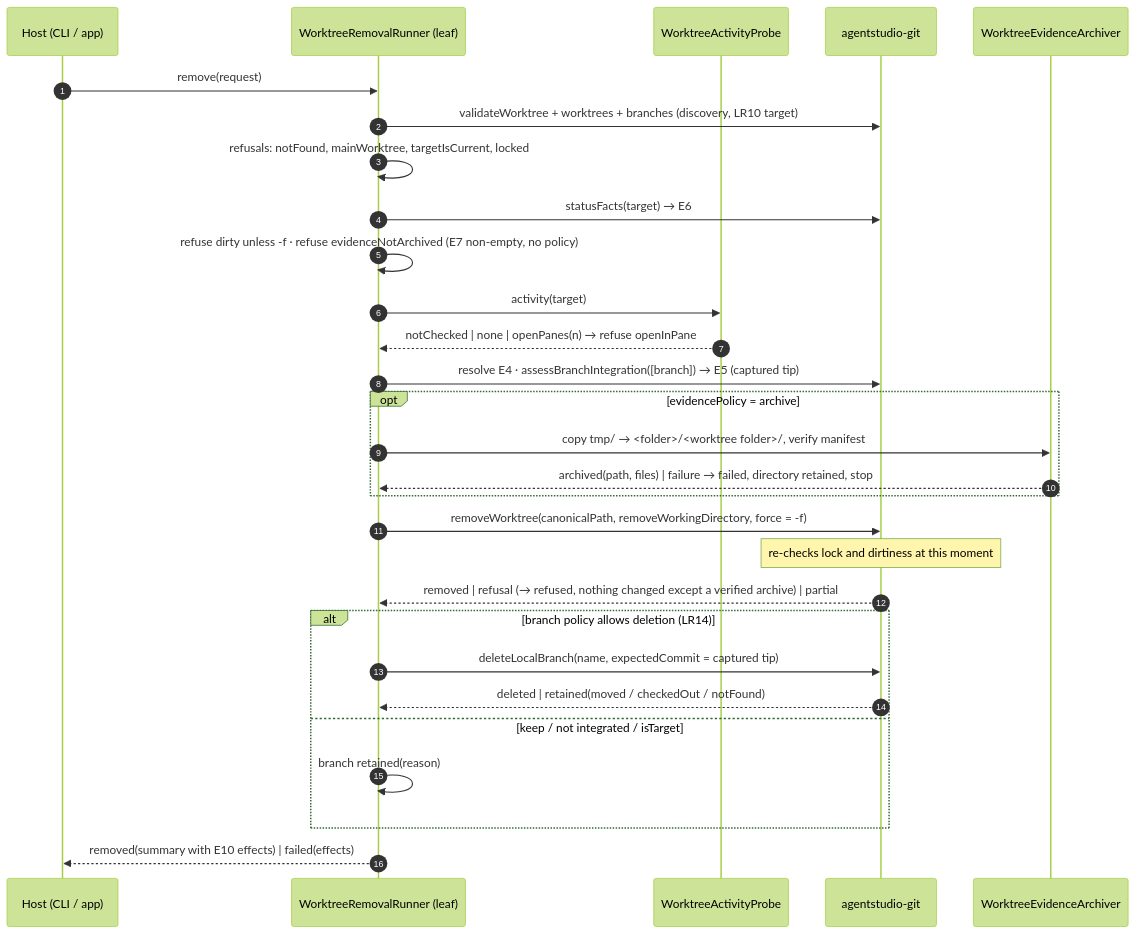
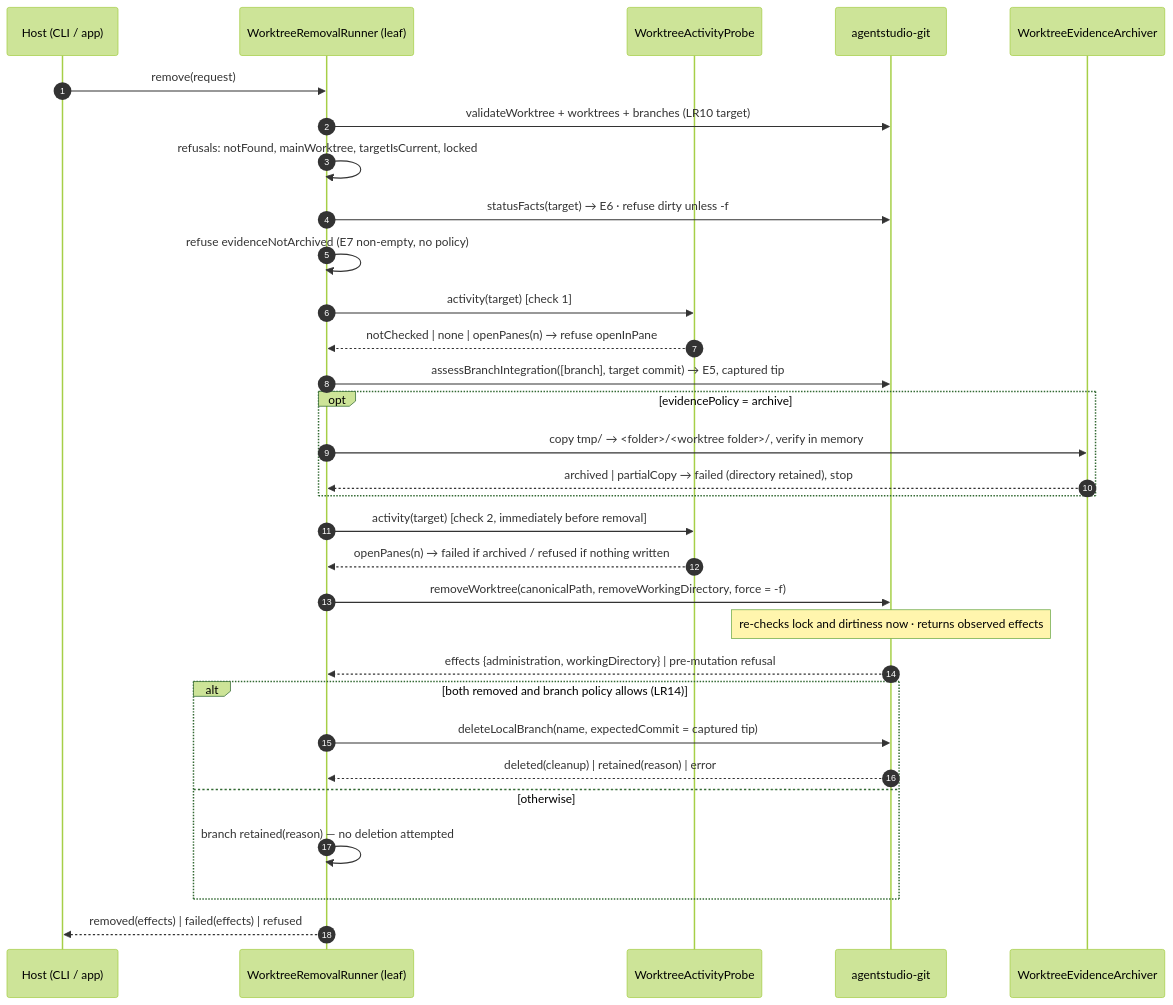
Before and after one commit to getagentstudio/agentstudio: the fifth of 8 diagrams in docs/specs/2026-09-30-worktree-lifecycle/2026-09-30-worktree-lifecycle-program-design.md, drawn with Mermaid (forest theme). The commit also changed other lines of this file and 2 other files, not shown here.

Commit message:
Correct the worktree lifecycle design after review round 1

````diff
--- a/docs/specs/2026-09-30-worktree-lifecycle/2026-09-30-worktree-lifecycle-program-design.md
+++ b/docs/specs/2026-09-30-worktree-lifecycle/2026-09-30-worktree-lifecycle-program-design.md
@@ -210,31 +313,33 @@
 ```mermaid
 sequenceDiagram
   autonumber
   participant H as Host (CLI / app)
   participant R as WorktreeRemovalRunner (leaf)
   participant P as WorktreeActivityProbe
   participant G as agentstudio-git
   participant A as WorktreeEvidenceArchiver
   H->>R: remove(request)
-  R->>G: validateWorktree + worktrees + branches (discovery, LR10 target)
+  R->>G: validateWorktree + worktrees + branches (LR10 target)
   R->>R: refusals: notFound, mainWorktree, targetIsCurrent, locked
-  R->>G: statusFacts(target) → E6
-  R->>R: refuse dirty unless -f · refuse evidenceNotArchived (E7 non-empty, no policy)
-  R->>P: activity(target)
+  R->>G: statusFacts(target) → E6 · refuse dirty unless -f
+  R->>R: refuse evidenceNotArchived (E7 non-empty, no policy)
+  R->>P: activity(target)   [check 1]
   P-->>R: notChecked | none | openPanes(n) → refuse openInPane
-  R->>G: resolve E4 · assessBranchIntegration([branch]) → E5 (captured tip)
+  R->>G: assessBranchIntegration([branch], target commit) → E5, captured tip
   opt evidencePolicy = archive
-    R->>A: copy tmp/ → <folder>/<worktree folder>/, verify manifest
-    A-->>R: archived(path, files) | failure → failed, directory retained, stop
+    R->>A: copy tmp/ → <folder>/<worktree folder>/, verify in memory
+    A-->>R: archived | partialCopy → failed (directory retained), stop
   end
+  R->>P: activity(target)   [check 2, immediately before removal]
+  P-->>R: openPanes(n) → failed if archived / refused if nothing written
   R->>G: removeWorktree(canonicalPath, removeWorkingDirectory, force = -f)
-  Note over G: re-checks lock and dirtiness at this moment
-  G-->>R: removed | refusal (→ refused, nothing changed except a verified archive) | partial
-  alt branch policy allows deletion (LR14)
+  Note over G: re-checks lock and dirtiness now · returns observed effects
+  G-->>R: effects {administration, workingDirectory} | pre-mutation refusal
+  alt both removed and branch policy allows (LR14)
     R->>G: deleteLocalBranch(name, expectedCommit = captured tip)
-    G-->>R: deleted | retained(moved / checkedOut / notFound)
-  else keep / not integrated / isTarget
-    R->>R: branch retained(reason)
+    G-->>R: deleted(cleanup) | retained(reason) | error
+  else otherwise
+    R->>R: branch retained(reason) — no deletion attempted
   end
-  R-->>H: removed(summary with E10 effects) | failed(effects)
+  R-->>H: removed(effects) | failed(effects) | refused
 ```
````
